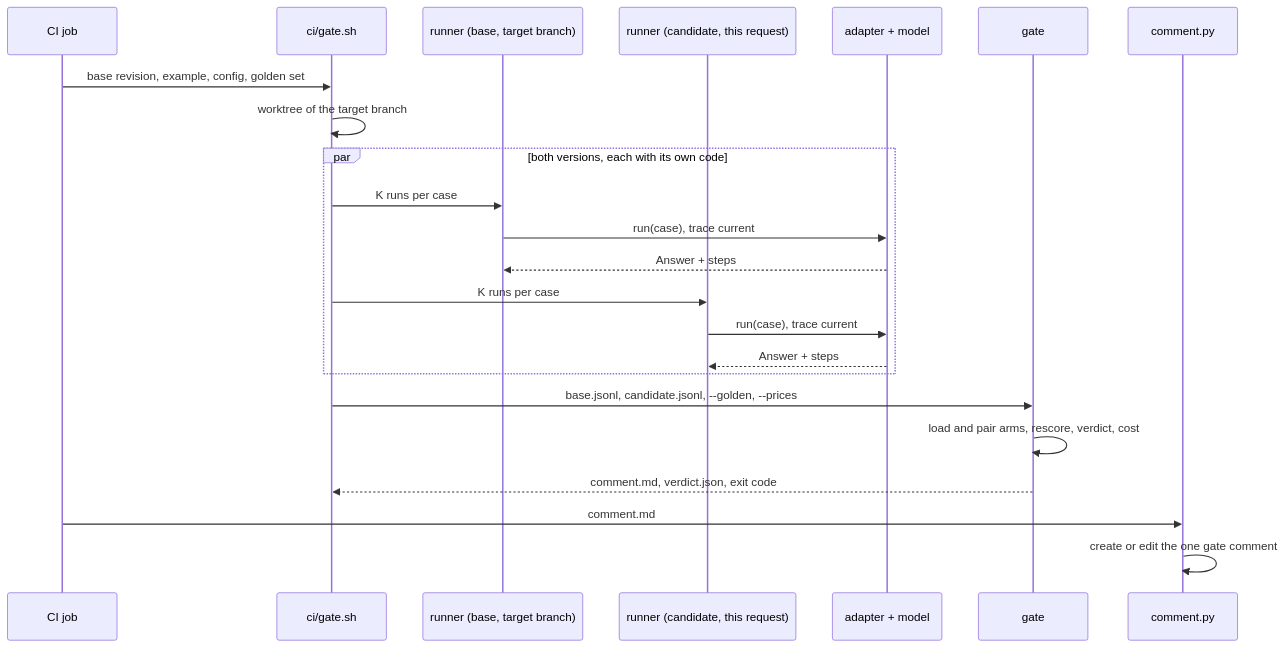
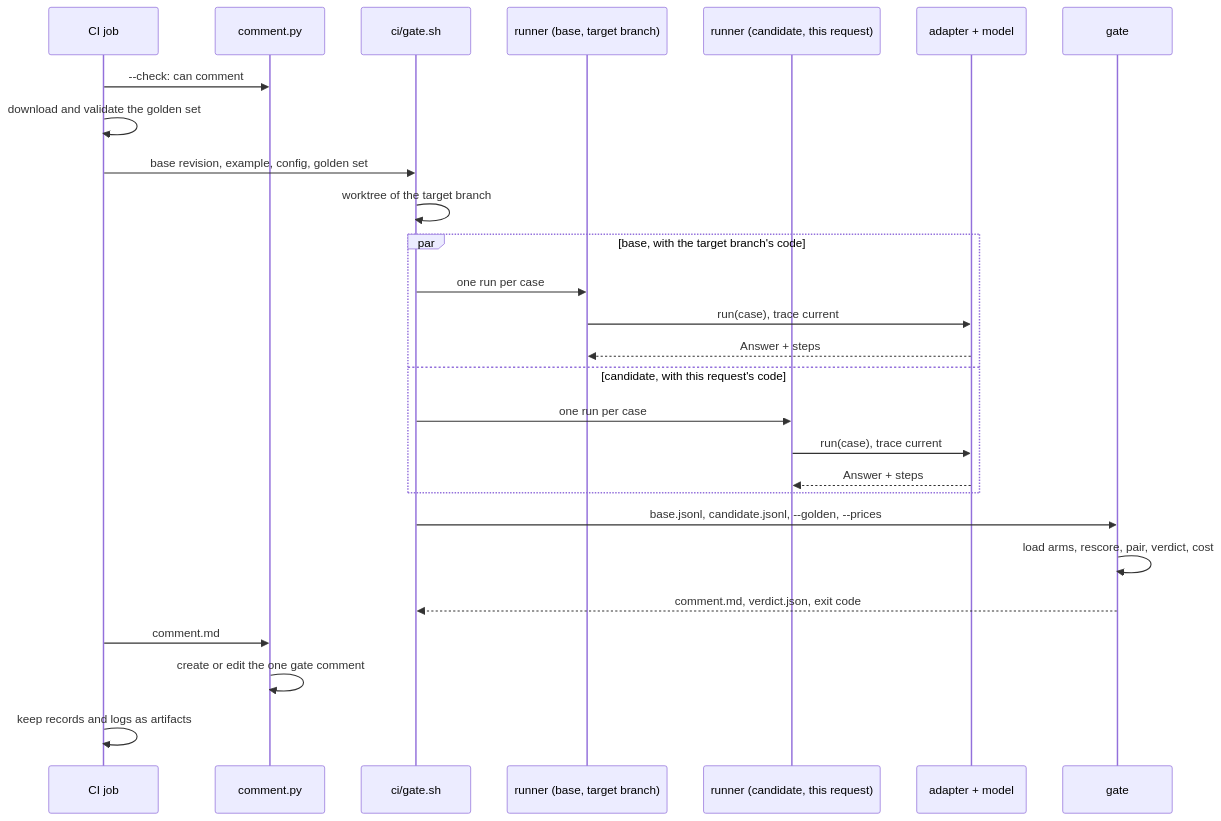
Before and after one commit to Ilya-Grigoryev/llm-release-gate: the second of 2 diagrams in docs/design.md, drawn with Mermaid. The commit also changed other lines of this file and 1 other file, not shown here.

````diff
--- a/docs/design.md
+++ b/docs/design.md
@@ -150,25 +185,29 @@
 ```mermaid
 sequenceDiagram
     participant CI as CI job
+    participant C as comment.py
     participant SH as ci/gate.sh
     participant RB as runner (base, target branch)
     participant RC as runner (candidate, this request)
     participant AD as adapter + model
     participant G as gate
-    participant C as comment.py
+    CI->>C: --check: can comment
+    CI->>CI: download and validate the golden set
     CI->>SH: base revision, example, config, golden set
     SH->>SH: worktree of the target branch
-    par both versions, each with its own code
-        SH->>RB: K runs per case
+    par base, with the target branch's code
+        SH->>RB: one run per case
         RB->>AD: run(case), trace current
         AD-->>RB: Answer + steps
-        SH->>RC: K runs per case
+    and candidate, with this request's code
+        SH->>RC: one run per case
         RC->>AD: run(case), trace current
         AD-->>RC: Answer + steps
     end
     SH->>G: base.jsonl, candidate.jsonl, --golden, --prices
-    G->>G: load and pair arms, rescore, verdict, cost
+    G->>G: load arms, rescore, pair, verdict, cost
     G-->>SH: comment.md, verdict.json, exit code
     CI->>C: comment.md
     C->>C: create or edit the one gate comment
+    CI->>CI: keep records and logs as artifacts
 ```
````
